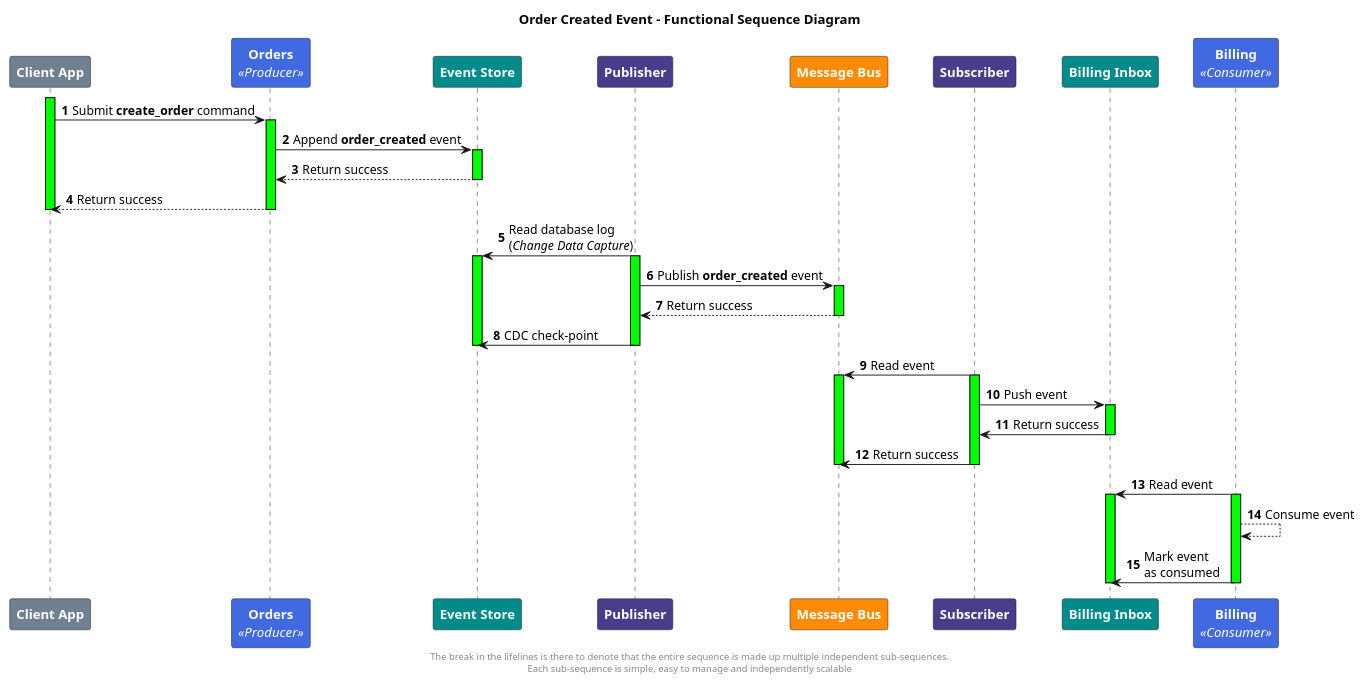
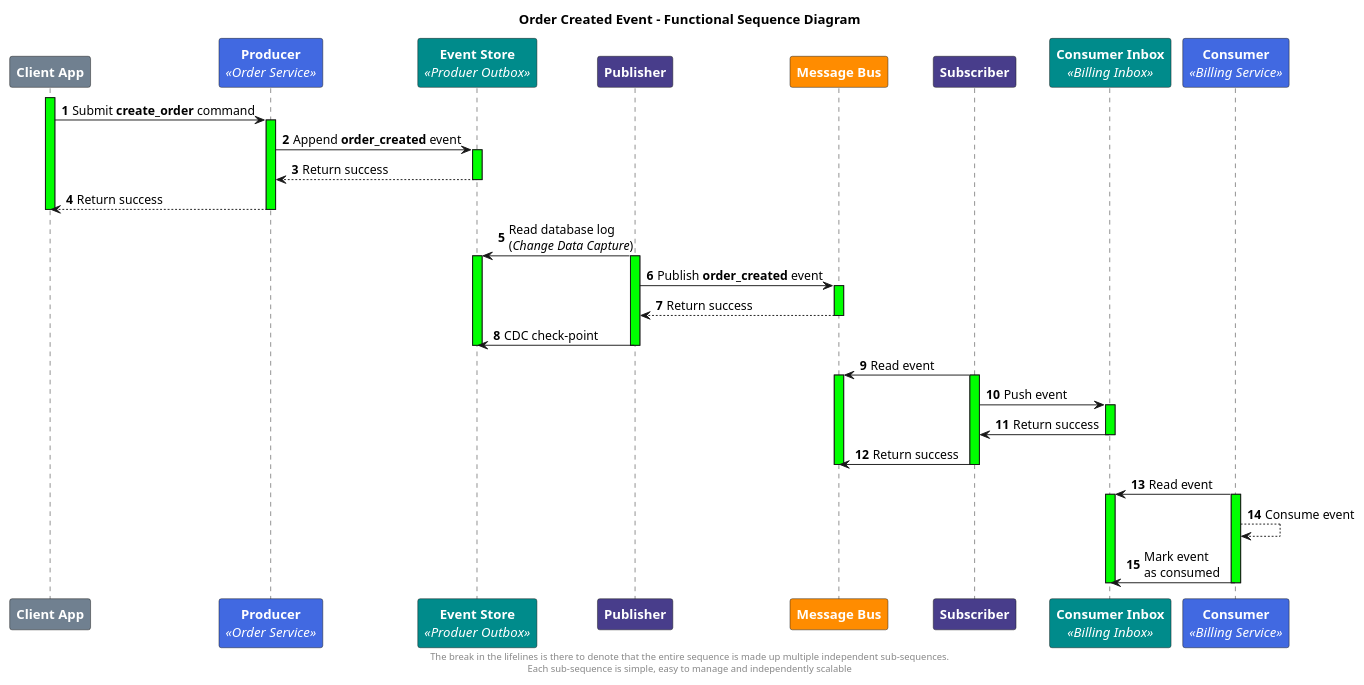
Before and after one commit to Gio0300/LoosePubSubAzure: the diagram in diagrams/business_sequence.puml, drawn with PlantUML. The commit also changed 1 other file, not shown here.

Commit message:
add inbox

```diff
--- a/diagrams/business_sequence.puml
+++ b/diagrams/business_sequence.puml
@@ -1,64 +1,64 @@
 @startuml
 skinparam ParticipantFontSize 14
 skinparam ParticipantFontColor #White
 title Order Created Event - Functional Sequence Diagram
 participant ClientApp as "<b>Client App" #SlateGray
-participant OrderService as "<b>Orders\n<i><<Producer>>" #RoyalBlue
-participant EventStore as "<b>Event Store" #DarkCyan
+participant Producer as "<b>Producer\n<i><<Order Service>>" #RoyalBlue
+participant EventStore as "<b>Event Store\n<i><<Produer Outbox>>" #DarkCyan
 participant Publisher as "<b>Publisher" #DarkSlateBlue
 participant MessageBus as "<b>Message Bus" #Darkorange
 participant Subscriber as "<b>Subscriber" #DarkSlateBlue
-participant BillingInbox as "<b>Billing Inbox" #DarkCyan
-participant BillingService as "<b>Billing\n<i><<Consumer>>" #RoyalBlue
+participant BillingInbox as "<b>Consumer Inbox\n<i><<Billing Inbox>>" #DarkCyan
+participant BillingService as "<b>Consumer\n<i><<Billing Service>>" #RoyalBlue
 
 autonumber
 activate ClientApp #Lime
-ClientApp -> OrderService : Submit <b>create_order</b> command
+ClientApp -> Producer : Submit <b>create_order</b> command
 
-activate OrderService #Lime
-OrderService -> EventStore : Append <b>order_created</b> event
+activate Producer #Lime
+Producer -> EventStore : Append <b>order_created</b> event
 
 activate EventStore #Lime
-EventStore --> OrderService : Return success
+EventStore --> Producer : Return success
 
 deactivate EventStore
-OrderService --> ClientApp : Return success
+Producer --> ClientApp : Return success
 
-deactivate OrderService
+deactivate Producer
 deactivate ClientApp
 
 EventStore <- Publisher : Read database log\n(<i>Change Data Capture</i>)
 activate EventStore #Lime
 
 activate Publisher #Lime
 Publisher -> MessageBus : Publish <b>order_created</b> event
 
 activate MessageBus #Lime
 MessageBus --> Publisher : Return success
 deactivate MessageBus
 
 Publisher -> EventStore : CDC check-point
 deactivate Publisher
 deactivate EventStore
 
 MessageBus <- Subscriber : Read event
 activate MessageBus #Lime
 activate Subscriber #Lime
 Subscriber -> BillingInbox : Push event
 activate BillingInbox #Lime
 
 BillingInbox -> Subscriber : Return success
 deactivate BillingInbox
 Subscriber -> MessageBus: Return success
 deactivate Subscriber
 deactivate MessageBus
 
 BillingInbox <- BillingService : Read event
 activate BillingInbox #Lime
 activate BillingService #Lime
 BillingService --> BillingService: Consume event
 BillingService -> BillingInbox: Mark event\nas consumed
 deactivate BillingService
 deactivate BillingInbox
 footer The break in the lifelines is there to denote that the entire sequence is made up multiple independent sub-sequences.\nEach sub-sequence is simple, easy to manage and independently scalable
 @enduml
```
